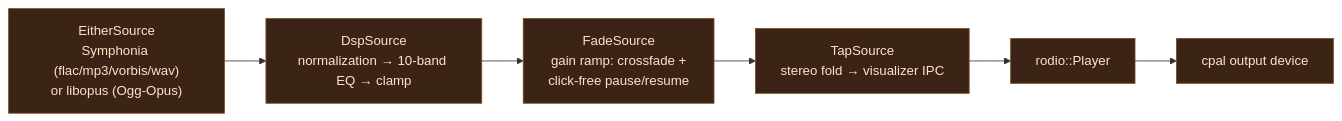
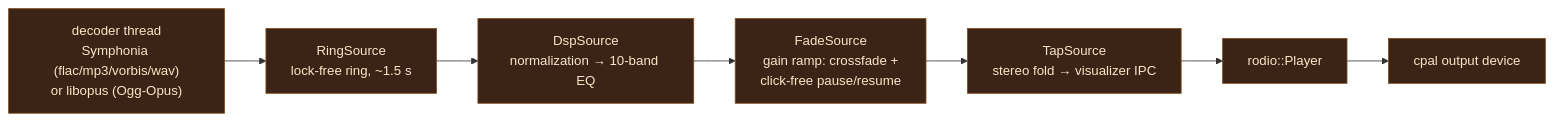
One commit to Ariazonaa/sonarune changed the fifth of 11 diagrams in docs/architecture.md. Above: the diagram before and after it, drawn with Mermaid. The commit also changed other lines of this file and 295 other files, not shown here.

````diff
--- a/docs/architecture.md
+++ b/docs/architecture.md
@@ -167,14 +169,15 @@
 ```mermaid
 flowchart LR
-    DEC["EitherSource<br/>Symphonia (flac/mp3/vorbis/wav)<br/>or libopus (Ogg-Opus)"]
-    DSP["DspSource<br/>normalization → 10-band EQ → clamp"]
+    DEC["decoder thread<br/>Symphonia (flac/mp3/vorbis/wav)<br/>or libopus (Ogg-Opus)"]
+    RING["RingSource<br/>lock-free ring, ~1.5 s"]
+    DSP["DspSource<br/>normalization → 10-band EQ"]
     FADE["FadeSource<br/>gain ramp: crossfade +<br/>click-free pause/resume"]
     TAP["TapSource<br/>stereo fold → visualizer IPC"]
     SINK["rodio::Player"]
     CPAL["cpal output device"]
 
-    DEC --> DSP --> FADE --> TAP --> SINK --> CPAL
+    DEC --> RING --> DSP --> FADE --> TAP --> SINK --> CPAL
 
     classDef box fill:#3b2415,stroke:#7c4a1e,color:#fde3c8;
-    class DEC,DSP,FADE,TAP,SINK,CPAL box;
+    class DEC,RING,DSP,FADE,TAP,SINK,CPAL box;
 ```
````
